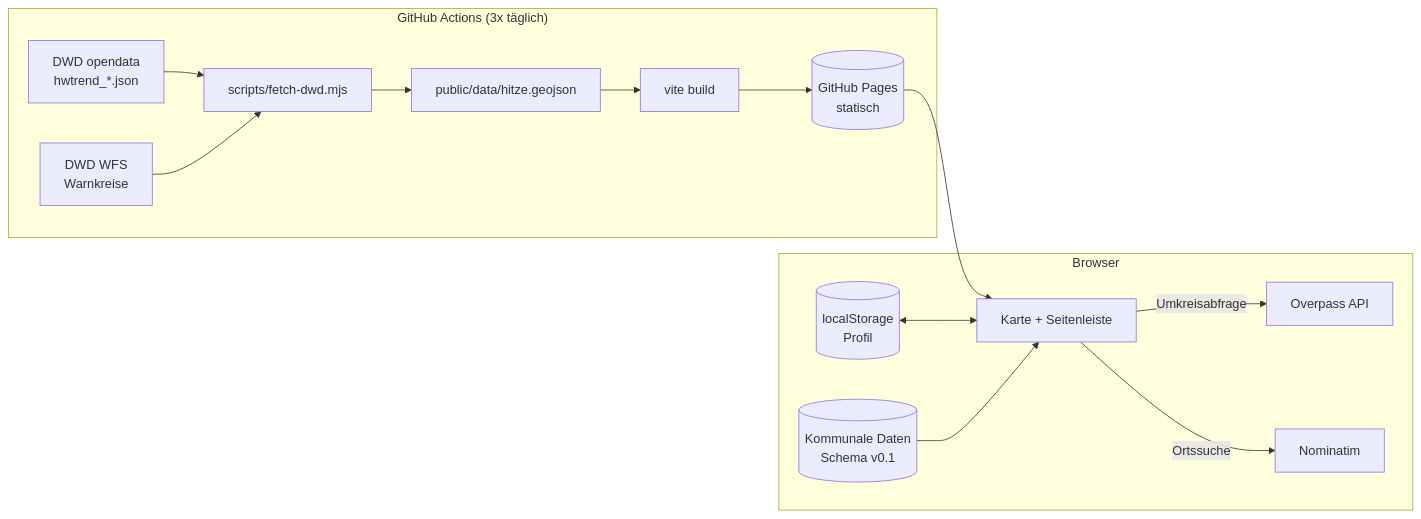
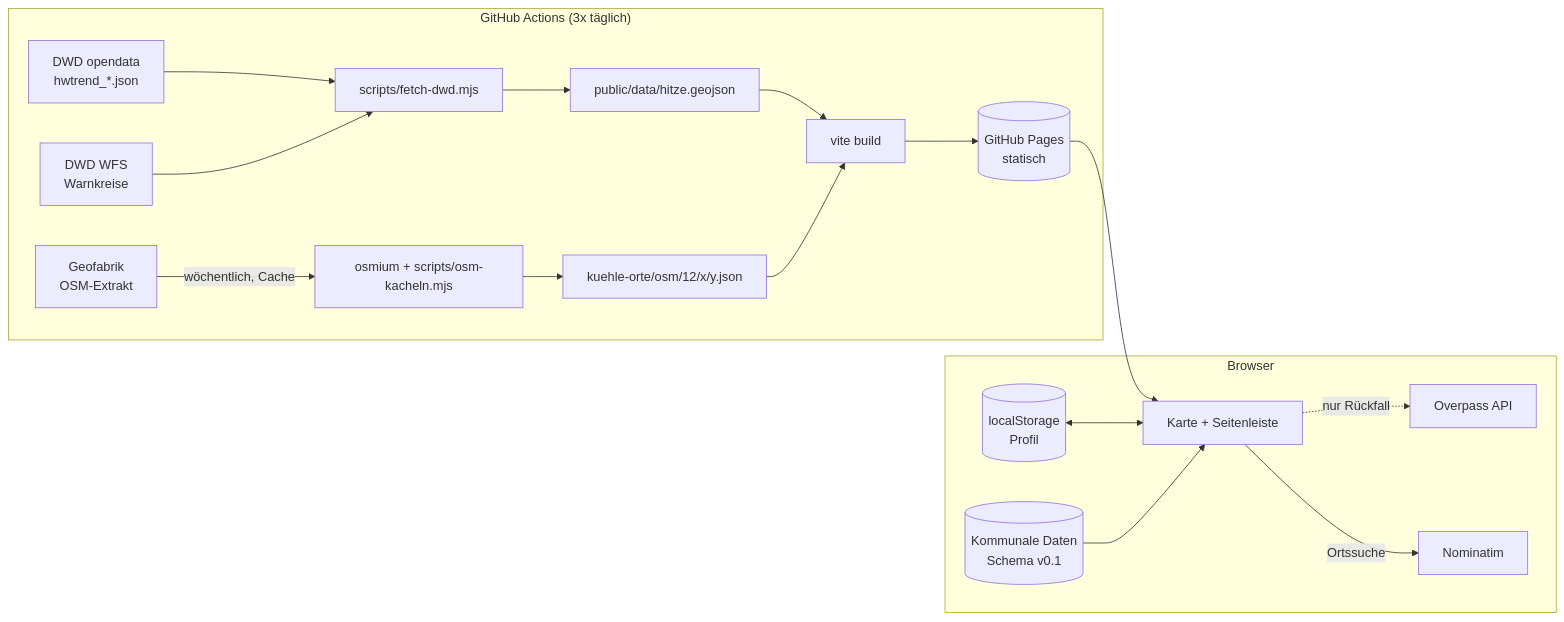
One commit to SchulzOli/Hitzeschutz-Prototyp changed the diagram in README.md. Above: the diagram before and after it, drawn with Mermaid. The commit also changed other lines of this file and 2 other files, not shown here.

Commit message:
README und ADRs zur OSM-Kachel-Pipeline aktualisieren

````diff
--- a/README.md
+++ b/README.md
@@ -56,16 +56,20 @@
 ```mermaid
 flowchart LR
   subgraph Build["GitHub Actions (3x täglich)"]
     DWD1[DWD opendata<br/>hwtrend_*.json] --> F[scripts/fetch-dwd.mjs]
     DWD2[DWD WFS<br/>Warnkreise] --> F
     F --> H[public/data/hitze.geojson]
-    H --> V[vite build] --> P[(GitHub Pages<br/>statisch)]
+    GF[Geofabrik<br/>OSM-Extrakt] -->|wöchentlich, Cache| O[osmium + scripts/osm-kacheln.mjs]
+    O --> T[kuehle-orte/osm/12/x/y.json]
+    H --> V[vite build]
+    T --> V
+    V --> P[(GitHub Pages<br/>statisch)]
   end
   subgraph Browser
     P --> UI[Karte + Seitenleiste]
     LS[(localStorage<br/>Profil)] <--> UI
-    UI -->|Umkreisabfrage| OV[Overpass API]
+    UI -.->|nur Rückfall| OV[Overpass API]
     UI -->|Ortssuche| NO[Nominatim]
     K[(Kommunale Daten<br/>Schema v0.1)] --> UI
   end
 ```
````
